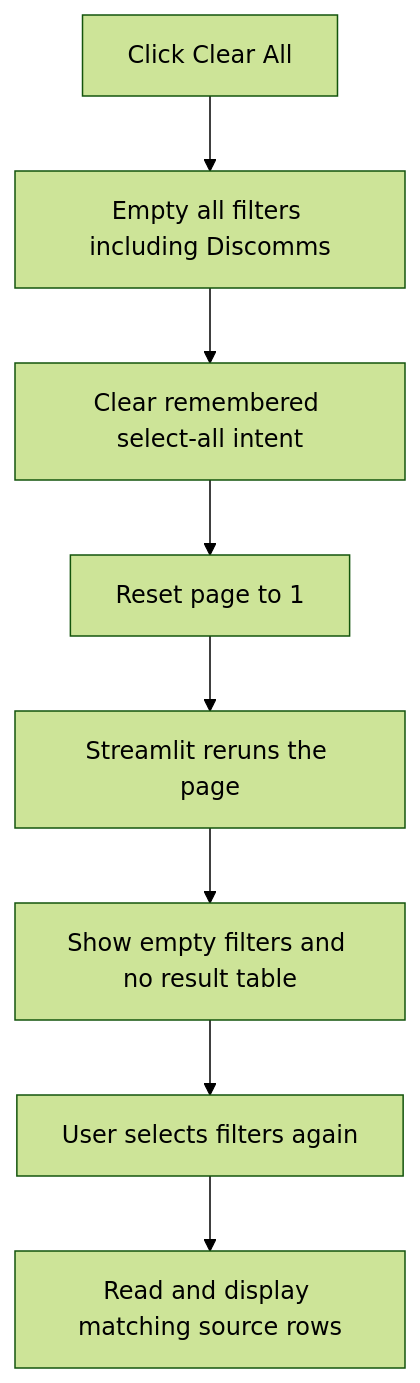
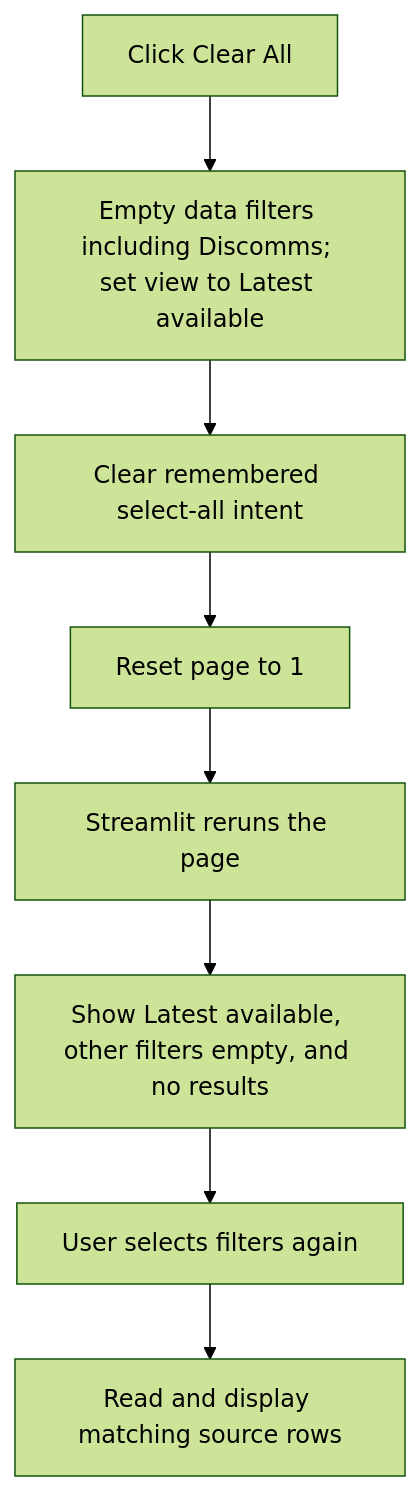
One commit to Ribhu-bhardwaj/Open-PFC changed the first of 5 diagrams in dashboard/decision.md. Above: the diagram before and after it, drawn with Mermaid (forest theme). The commit also changed other lines of this file and 4 other files, not shown here.

Commit message:
Restore Latest available when clearing dashboard filters

````diff
--- a/dashboard/decision.md
+++ b/dashboard/decision.md
@@ -53,10 +54,10 @@
 ```mermaid
 flowchart TD
-    A[Click Clear All] --> B[Empty all filters including Discomms]
+    A[Click Clear All] --> B[Empty data filters including Discomms; set view to Latest available]
     B --> C[Clear remembered select-all intent]
     C --> D[Reset page to 1]
     D --> E[Streamlit reruns the page]
-    E --> F[Show empty filters and no result table]
+    E --> F[Show Latest available, other filters empty, and no results]
     F --> G[User selects filters again]
     G --> H[Read and display matching source rows]
 ```
````
